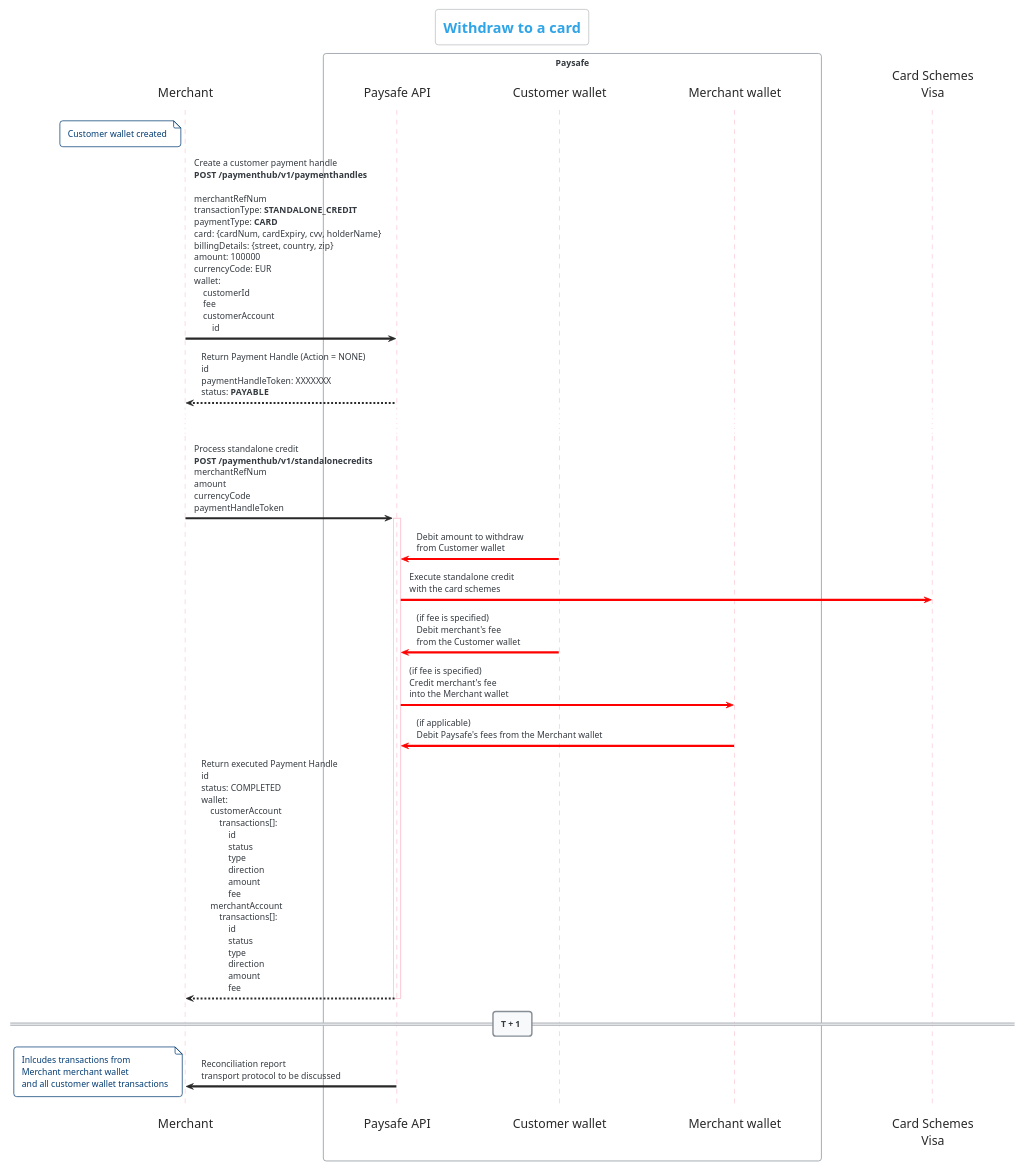
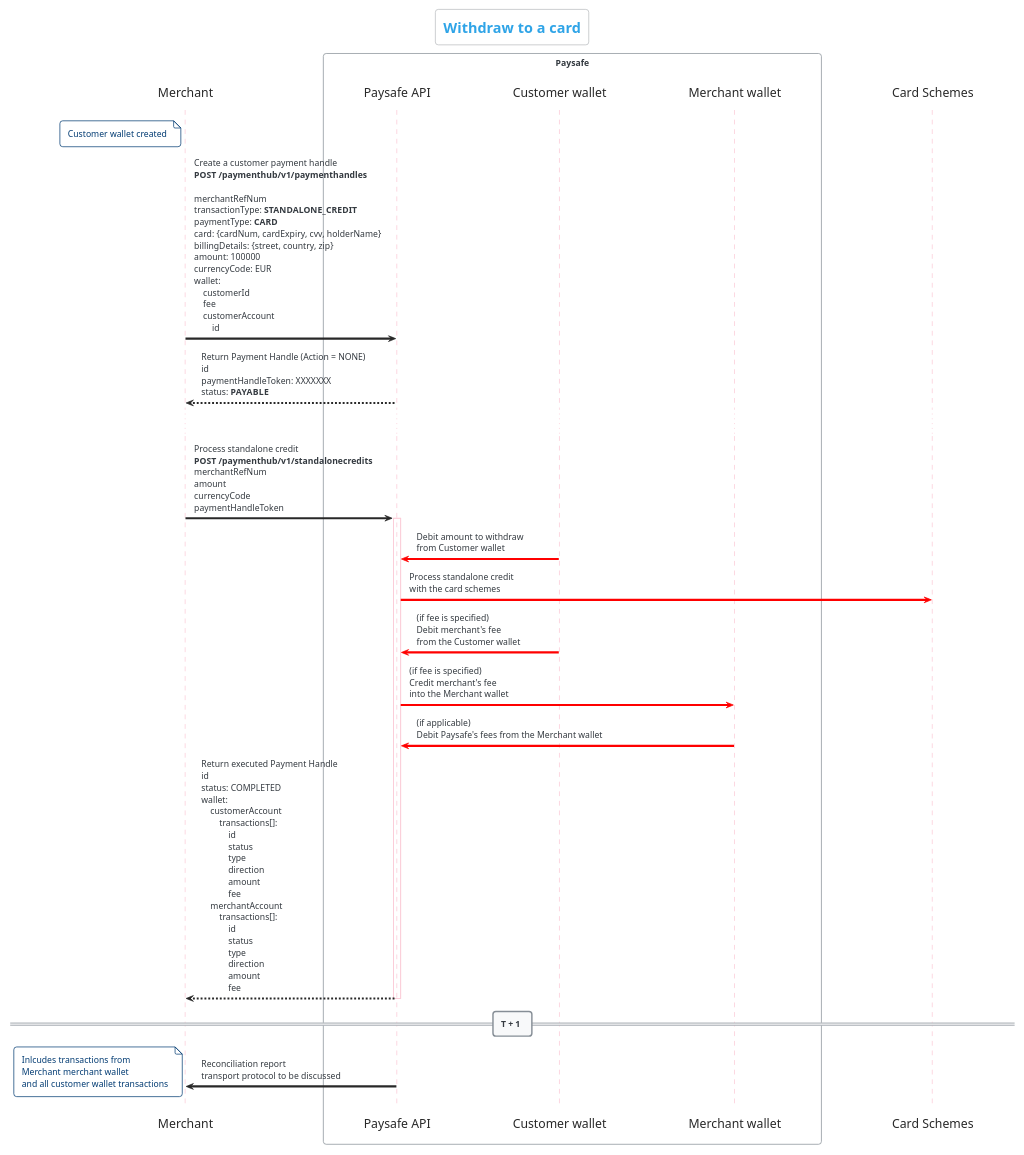
One commit to paysafegroup/WalletAPI changed the fifth of 5 diagrams in diagrams/diagrams.plantuml. Above: the diagram before and after it, drawn with PlantUML. The commit also changed other lines of this file, not shown here.

Commit message:
Diagram updtes

```diff
--- a/diagrams/diagrams.plantuml
+++ b/diagrams/diagrams.plantuml
@@ -213,49 +220,49 @@
 @startuml "3-Withdraw-card"
     title "Withdraw to a card"
 
     !theme cerulean-outline
 
     skinparam dpi 72
     skinparam shadowing false
     skinparam backgroundColor #FFFFFF
     skinparam Sequence {
         ParticipantBorderColor #FFFFFF
         ParticipantBackgroundColor #FFFFFF
         ParticipantFontSize 17
         ParticipantFontColor #282828
         ArrowColor #282828
         LifeLineBorderColor #FBC9D6
     }
 
     participant Merchant
     box "Paysafe"
         participant "Paysafe API" as PaysafeAPI
         participant "Customer wallet" as CW
         participant "Merchant wallet" as MW
     end box
-    participant "Card Schemes\nVisa" as CardSchemes
+    participant "Card Schemes" as CardSchemes
 
     note left of Merchant: Customer wallet created
 
     Merchant -> PaysafeAPI: Create a customer payment handle\n**POST /paymenthub/v1/paymenthandles**\n\nmerchantRefNum\ntransactionType: **STANDALONE_CREDIT**\npaymentType: **CARD**\ncard: {cardNum, cardExpiry, cvv, holderName}\nbillingDetails: {street, country, zip}\namount: 100000\ncurrencyCode: EUR\nwallet:\n    customerId\n    fee\n    customerAccount\n        id
     Merchant <-- PaysafeAPI: Return Payment Handle (Action = NONE)\nid\npaymentHandleToken: XXXXXXX\nstatus: **PAYABLE**
 
     ...
 
     Merchant -> PaysafeAPI: Process standalone credit\n**POST /paymenthub/v1/standalonecredits**\nmerchantRefNum\namount\ncurrencyCode\npaymentHandleToken
     activate PaysafeAPI
 
         PaysafeAPI <-[#FF0000] CW: Debit amount to withdraw\nfrom Customer wallet
-        PaysafeAPI [#FF0000]-> CardSchemes: Execute standalone credit\nwith the card schemes
+        PaysafeAPI [#FF0000]-> CardSchemes: Process standalone credit\nwith the card schemes
         PaysafeAPI <-[#FF0000] CW: (if fee is specified)\nDebit merchant's fee\nfrom the Customer wallet
         PaysafeAPI [#FF0000]-> MW: (if fee is specified)\nCredit merchant's fee\ninto the Merchant wallet
         PaysafeAPI <-[#FF0000] MW: (if applicable)\nDebit Paysafe's fees from the Merchant wallet
 
         Merchant <-- PaysafeAPI: Return executed Payment Handle\nid\nstatus: COMPLETED\nwallet:\n    customerAccount\n        transactions[]:\n            id\n            status\n            type\n            direction\n            amount\n            fee            \n    merchantAccount\n        transactions[]:\n            id\n            status\n            type\n            direction\n            amount\n            fee
     deactivate PaysafeAPI
 
 	== T + 1 ==
 
  	PaysafeAPI -> Merchant: Reconciliation report\ntransport protocol to be discussed
     note left: Inlcudes transactions from\nMerchant merchant wallet \nand all customer wallet transactions
 @enduml
```
